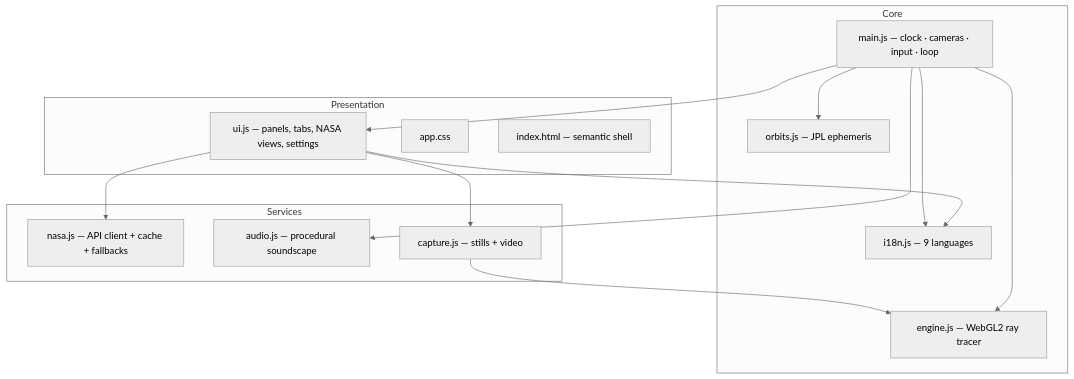
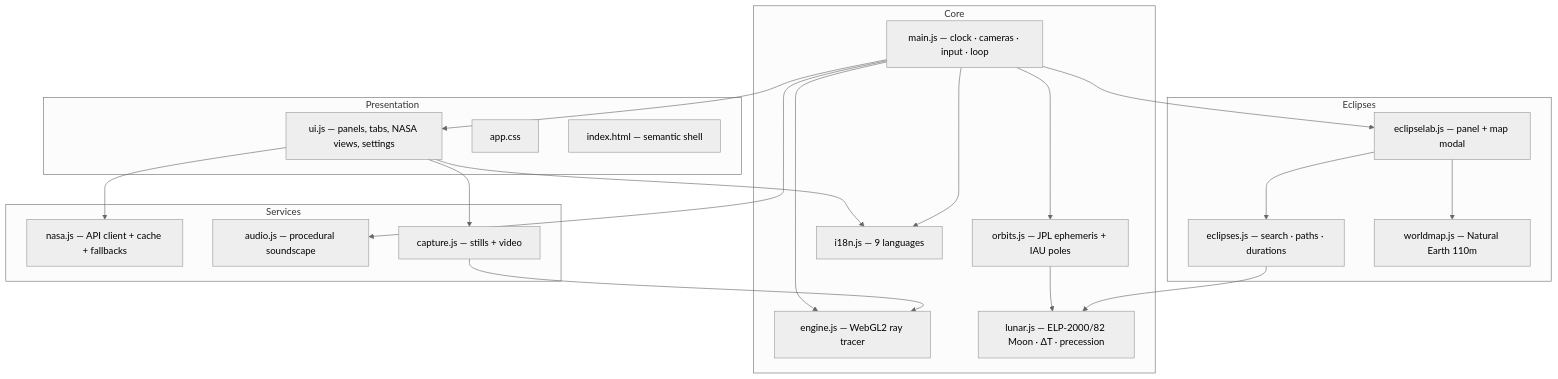
Before and after one commit to Genovese-Felipe/NASA-APIs-Fable5: the first of 2 diagrams in docs/ARCHITECTURE.md, drawn with Mermaid (neutral theme). The commit also changed other lines of this file and 30 other files, not shown here.

````diff
--- a/docs/ARCHITECTURE.md
+++ b/docs/ARCHITECTURE.md
@@ -7,28 +7,39 @@
 ```mermaid
 graph TD
     subgraph Presentation
         UI[ui.js — panels, tabs, NASA views, settings]
         CSS[app.css]
         HTML[index.html — semantic shell]
     end
     subgraph Core
         MAIN[main.js — clock · cameras · input · loop]
         ENGINE[engine.js — WebGL2 ray tracer]
-        ORBITS[orbits.js — JPL ephemeris]
+        ORBITS[orbits.js — JPL ephemeris + IAU poles]
+        LUNAR[lunar.js — ELP-2000/82 Moon · ΔT · precession]
         I18N[i18n.js — 9 languages]
+    end
+    subgraph Eclipses
+        ECL[eclipses.js — search · paths · durations]
+        LAB[eclipselab.js — panel + map modal]
+        MAP[worldmap.js — Natural Earth 110m]
     end
     subgraph Services
         NASA[nasa.js — API client + cache + fallbacks]
         AUDIO[audio.js — procedural soundscape]
         CAPTURE[capture.js — stills + video]
     end
     MAIN --> ENGINE
     MAIN --> ORBITS
     MAIN --> UI
     MAIN --> AUDIO
     UI --> NASA
     UI --> CAPTURE
     UI --> I18N
     MAIN --> I18N
     CAPTURE --> ENGINE
+    ORBITS --> LUNAR
+    ECL --> LUNAR
+    LAB --> ECL
+    LAB --> MAP
+    MAIN --> LAB
 ```
````
